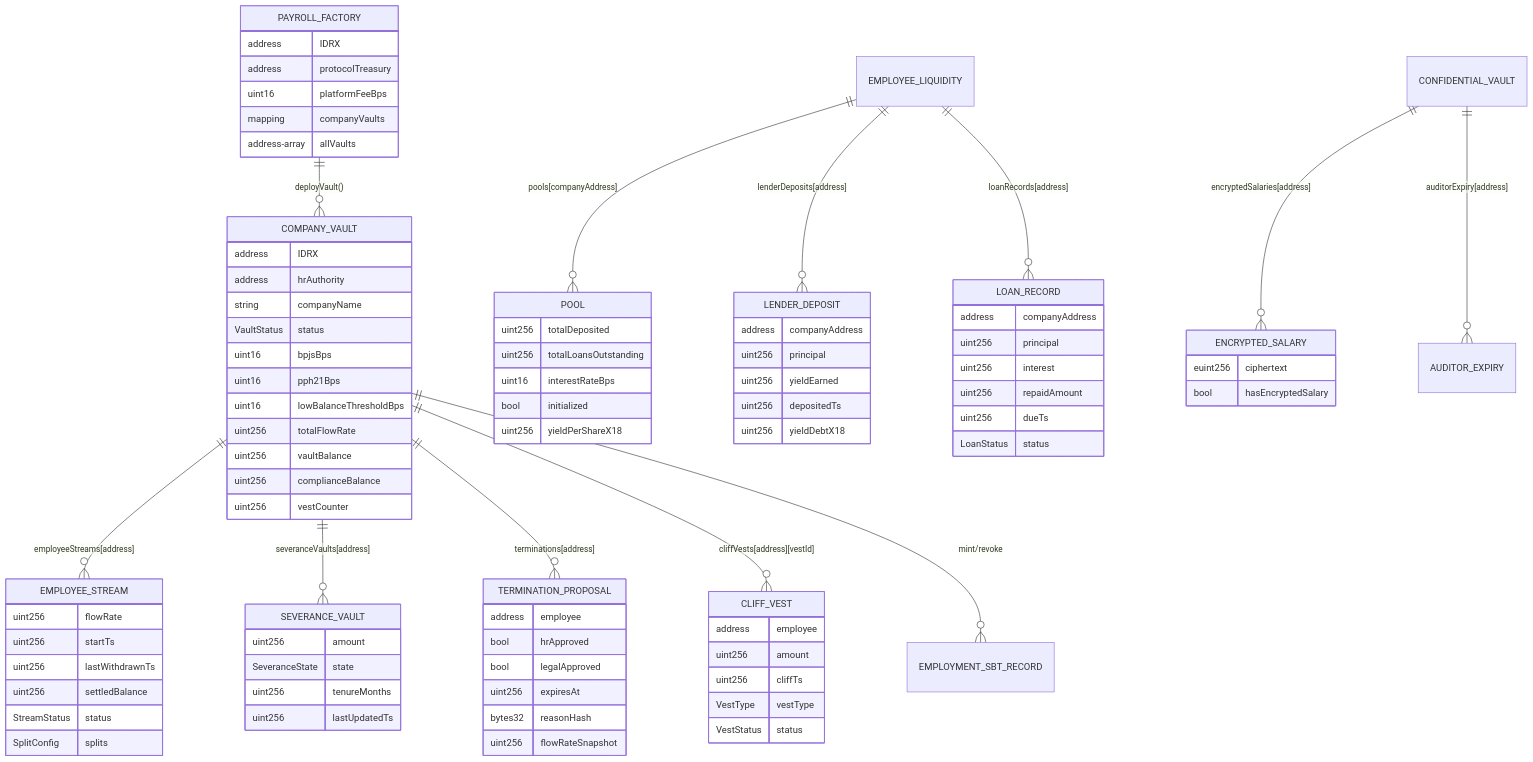
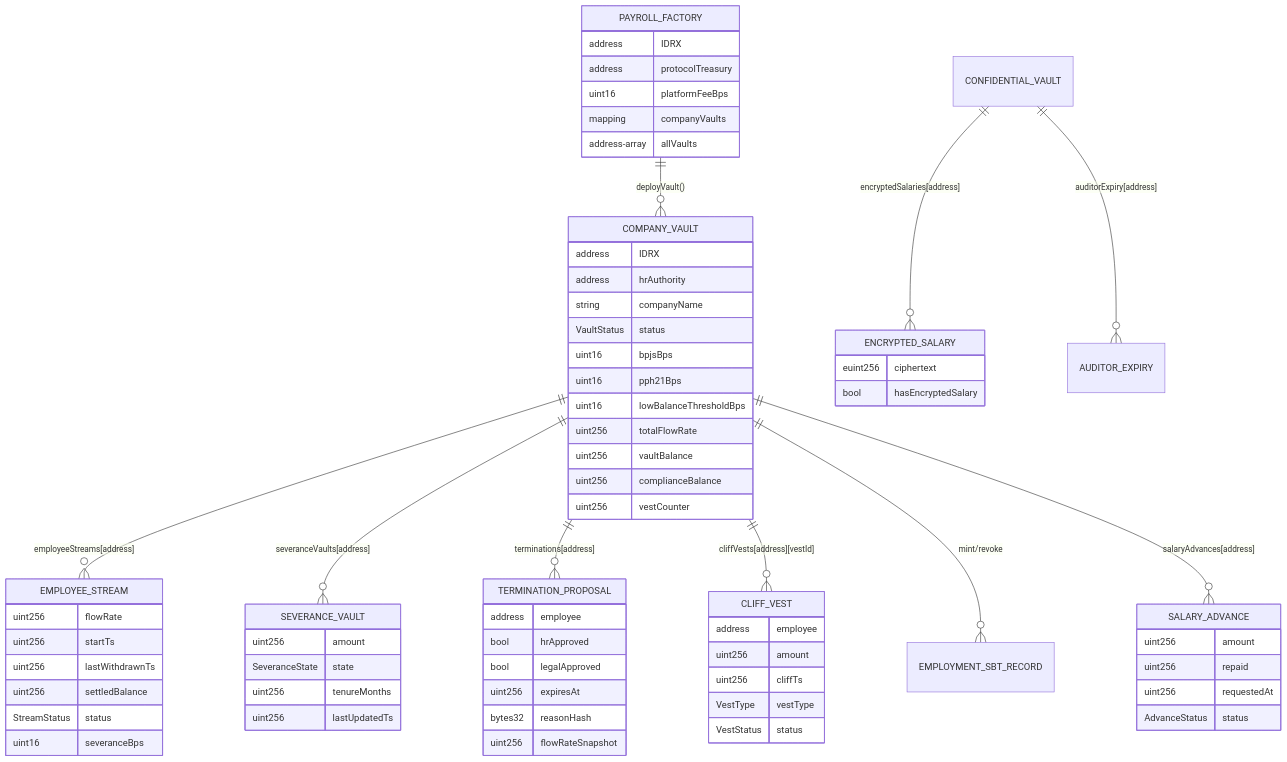
One commit to skripsi-payroll-dapp/docs changed the tenth of 40 diagrams in docs/DPPL.md. Above: the diagram before and after it, drawn with Mermaid. The commit also changed other lines of this file and 8 other files, not shown here.

```diff
--- a/docs/DPPL.md
+++ b/docs/DPPL.md
@@ -1373,9 +1097,7 @@
     COMPANY_VAULT ||--o{ TERMINATION_PROPOSAL : "terminations[address]"
     COMPANY_VAULT ||--o{ CLIFF_VEST : "cliffVests[address][vestId]"
     COMPANY_VAULT ||--o{ EMPLOYMENT_SBT_RECORD : "mint/revoke"
-    EMPLOYEE_LIQUIDITY ||--o{ POOL : "pools[companyAddress]"
-    EMPLOYEE_LIQUIDITY ||--o{ LENDER_DEPOSIT : "lenderDeposits[address]"
-    EMPLOYEE_LIQUIDITY ||--o{ LOAN_RECORD : "loanRecords[address]"
+    COMPANY_VAULT ||--o{ SALARY_ADVANCE : "salaryAdvances[address]"
     CONFIDENTIAL_VAULT ||--o{ ENCRYPTED_SALARY : "encryptedSalaries[address]"
     CONFIDENTIAL_VAULT ||--o{ AUDITOR_EXPIRY : "auditorExpiry[address]"
 
@@ -1405,7 +1127,7 @@
         uint256 lastWithdrawnTs
         uint256 settledBalance
         StreamStatus status
-        SplitConfig splits
+        uint16 severanceBps
     }
     SEVERANCE_VAULT {
         uint256 amount
@@ -1428,27 +1150,11 @@
         VestType vestType
         VestStatus status
     }
-    POOL {
-        uint256 totalDeposited
-        uint256 totalLoansOutstanding
-        uint16 interestRateBps
-        bool initialized
-        uint256 yieldPerShareX18
-    }
-    LENDER_DEPOSIT {
-        address companyAddress
-        uint256 principal
-        uint256 yieldEarned
-        uint256 depositedTs
-        uint256 yieldDebtX18
-    }
-    LOAN_RECORD {
-        address companyAddress
-        uint256 principal
-        uint256 interest
-        uint256 repaidAmount
-        uint256 dueTs
-        LoanStatus status
+    SALARY_ADVANCE {
+        uint256 amount
+        uint256 repaid
+        uint256 requestedAt
+        AdvanceStatus status
     }
     ENCRYPTED_SALARY {
         euint256 ciphertext
```
